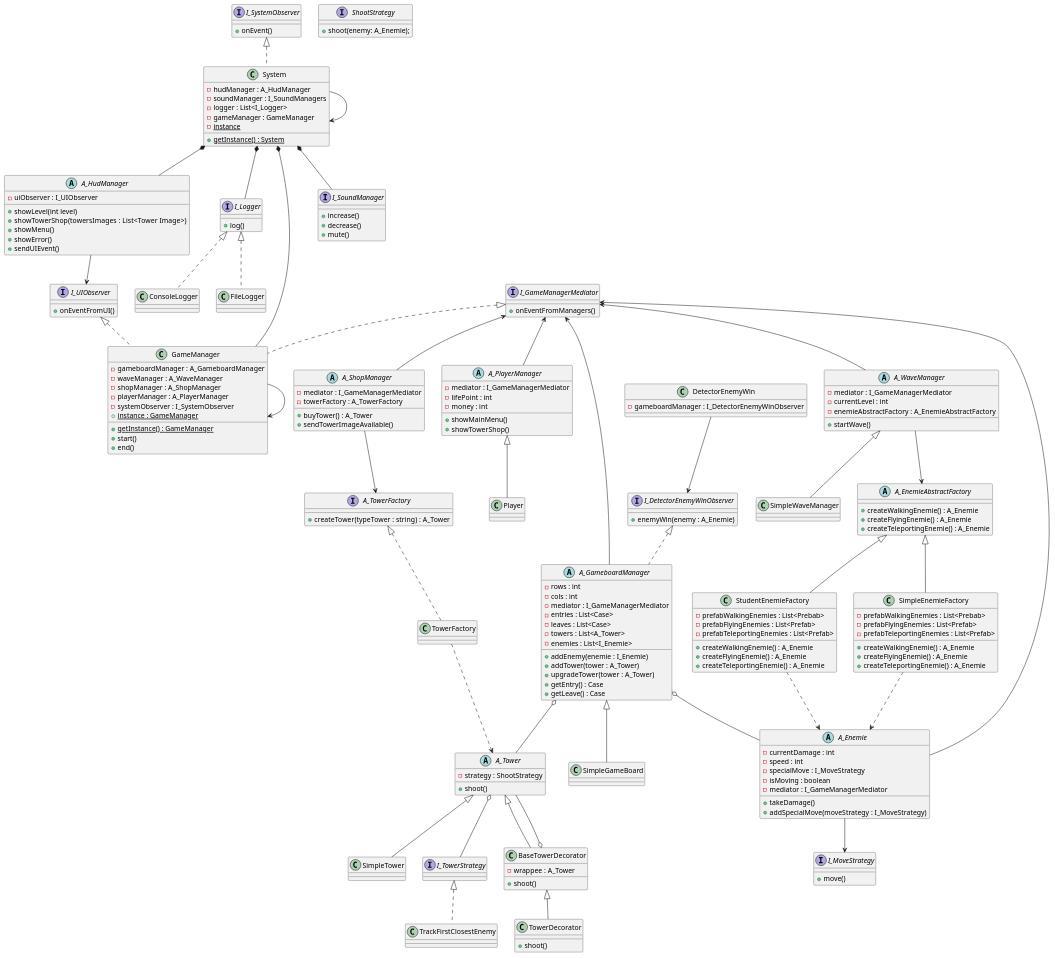
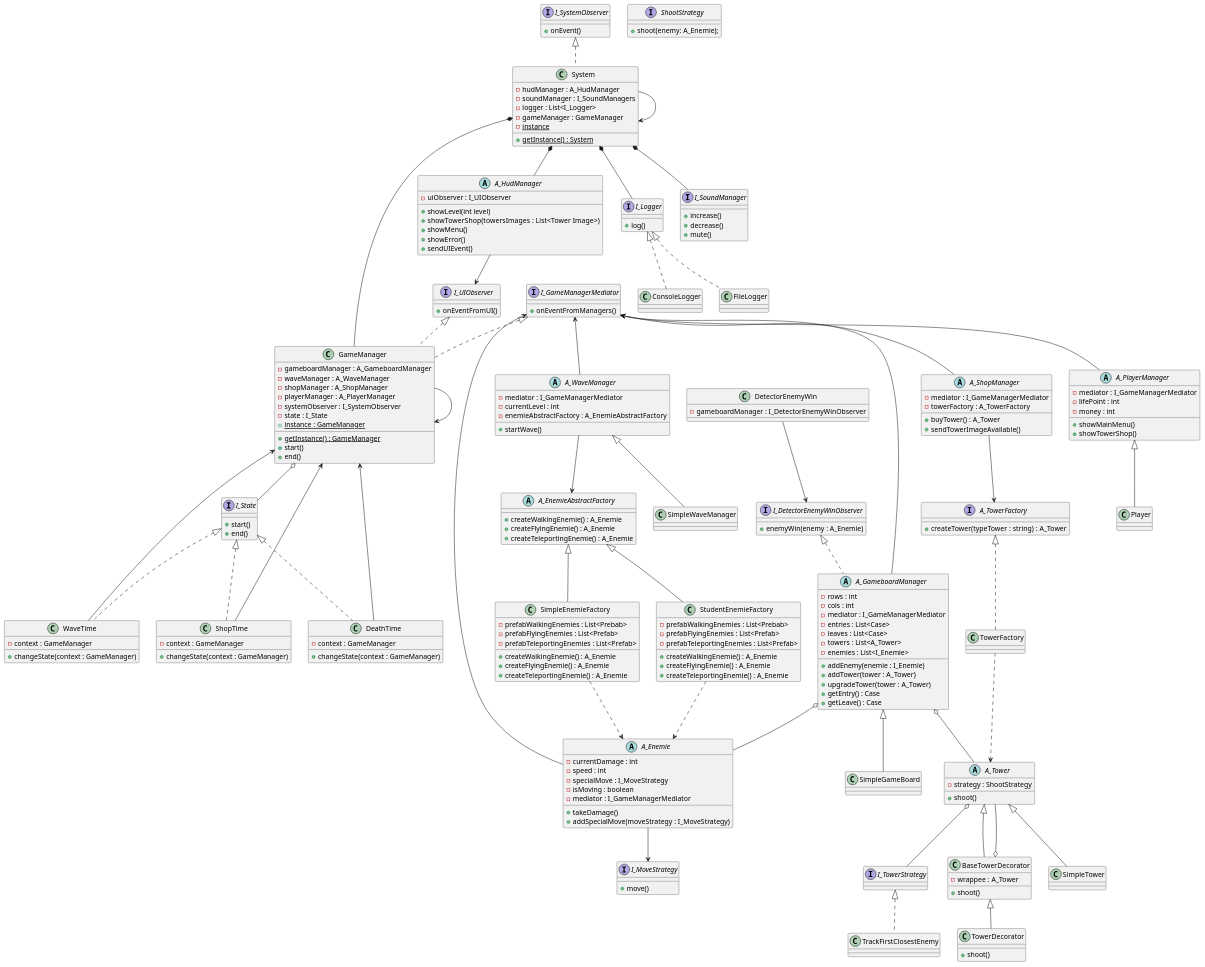
Before and after one commit to bobylatruffe/tower_defense: the diagram in uml.plantuml, drawn with PlantUML. The commit also changed 38 other files, not shown here.

```diff
--- a/uml.plantuml
+++ b/uml.plantuml
@@ -10,11 +10,40 @@
     - shopManager : A_ShopManager
     - playerManager : A_PlayerManager
     - systemObserver : I_SystemObserver
+    - state : I_State
     + {static} instance : GameManager
     + {static} getInstance() : GameManager
     + start()
     + end()
 }
+
+interface I_State {
+    + start()
+    + end()
+}
+
+GameManager o-- I_State
+
+class WaveTime implements I_State {
+    - context : GameManager
+    + changeState(context : GameManager)
+}
+
+WaveTime --> GameManager
+
+class ShopTime implements I_State {
+    - context : GameManager
+    + changeState(context : GameManager)
+}
+
+ShopTime --> GameManager
+
+class DeathTime implements I_State {
+    - context : GameManager
+    + changeState(context : GameManager)
+}
+
+DeathTime --> GameManager
 
 GameManager --> GameManager
 
```
